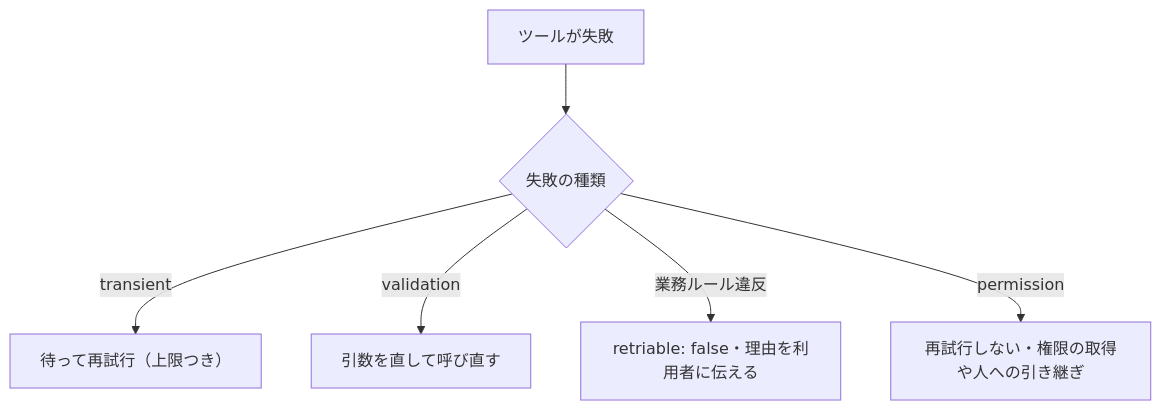
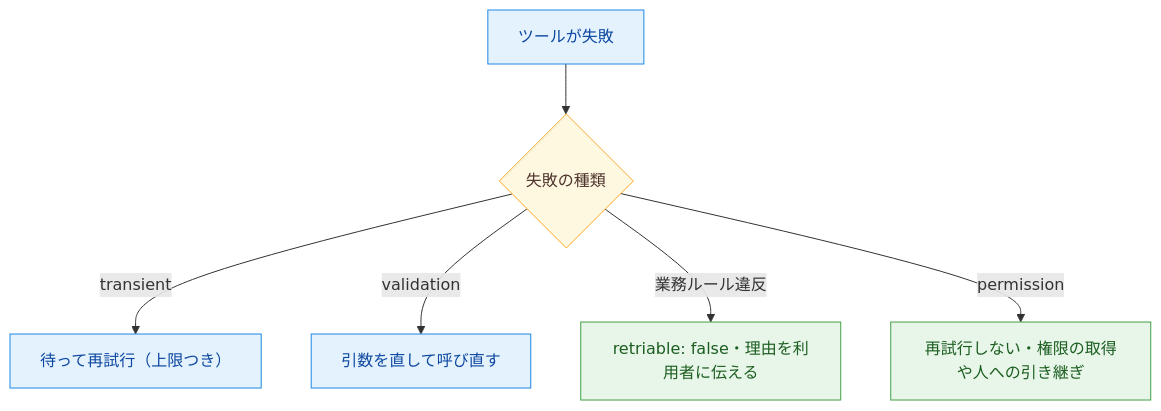
The diagram in ccaf/notes/02-tool-design-mcp/mcp-structured-errors.md (yuya-take/yuya-exam-notes), drawn with Mermaid before and after one commit. The commit also changed other lines of this file and 50 other files, not shown here.

````diff
--- a/ccaf/notes/02-tool-design-mcp/mcp-structured-errors.md
+++ b/ccaf/notes/02-tool-design-mcp/mcp-structured-errors.md
@@ -19,8 +17,14 @@
 ```mermaid
 flowchart TD
   A[ツールが失敗] --> B{失敗の種類}
-  B -- transient --> C[待って再試行（上限つき）]
+  B -- transient --> C["待って再試行（上限つき）"]
   B -- validation --> D[引数を直して呼び直す]
-  B -- 業務ルール違反 --> E[retriable: false・理由を利用者に伝える]
+  B -- 業務ルール違反 --> E["retriable: false・理由を利用者に伝える"]
   B -- permission --> F[再試行しない・権限の取得や人への引き継ぎ]
+  classDef run fill:#e3f2fd,stroke:#1e88e5,color:#0d47a1
+  classDef judge fill:#fff8e1,stroke:#f9a825,color:#4e342e
+  classDef done fill:#e8f5e9,stroke:#43a047,color:#1b5e20
+  class A,C,D run
+  class B judge
+  class E,F done
 ```
````
